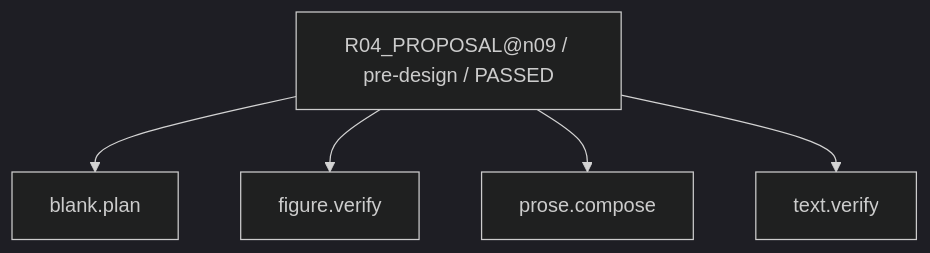
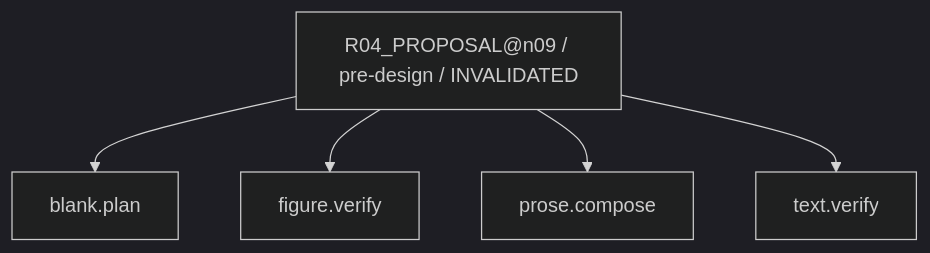
The sixth of 30 diagrams in work/items/W-MATH-034-n09-n10-guided-design/generated/CAPABILITY_FIRE_DIAGRAM.md (rrikunagasige-dot/kyotsu-step-web), drawn with Mermaid (dark theme) before and after one commit. The commit also changed other lines of this file and 266 other files, not shown here.

````diff
--- a/work/items/W-MATH-034-n09-n10-guided-design/generated/CAPABILITY_FIRE_DIAGRAM.md
+++ b/work/items/W-MATH-034-n09-n10-guided-design/generated/CAPABILITY_FIRE_DIAGRAM.md
@@ -92,12 +92,12 @@
 ```mermaid
 flowchart TD
-  N0["R04_PROPOSAL@n09 / pre-design / PASSED"]
+  N0["R04_PROPOSAL@n09 / pre-design / INVALIDATED"]
   N1["blank.plan"]
   N2["prose.compose"]
   N3["text.verify"]
   N4["figure.verify"]
   N0 --> N1
   N0 --> N4
   N0 --> N2
   N0 --> N3
 ```
````
